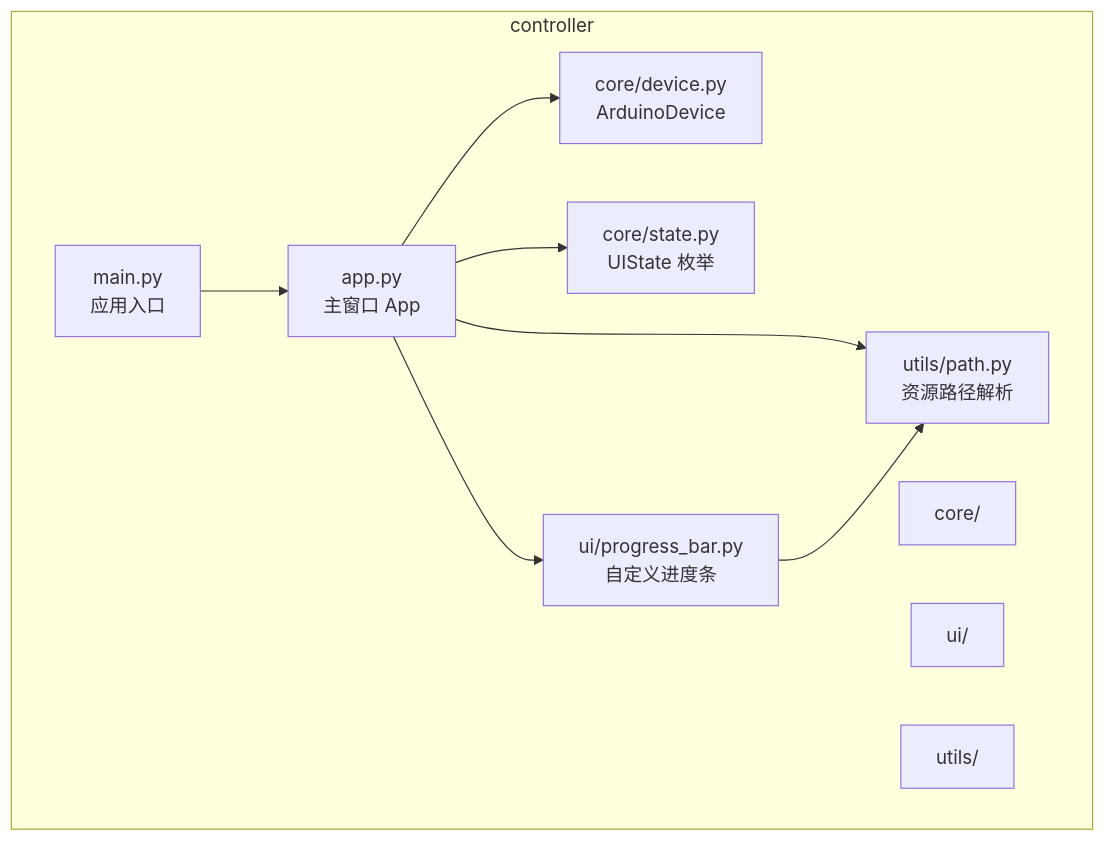
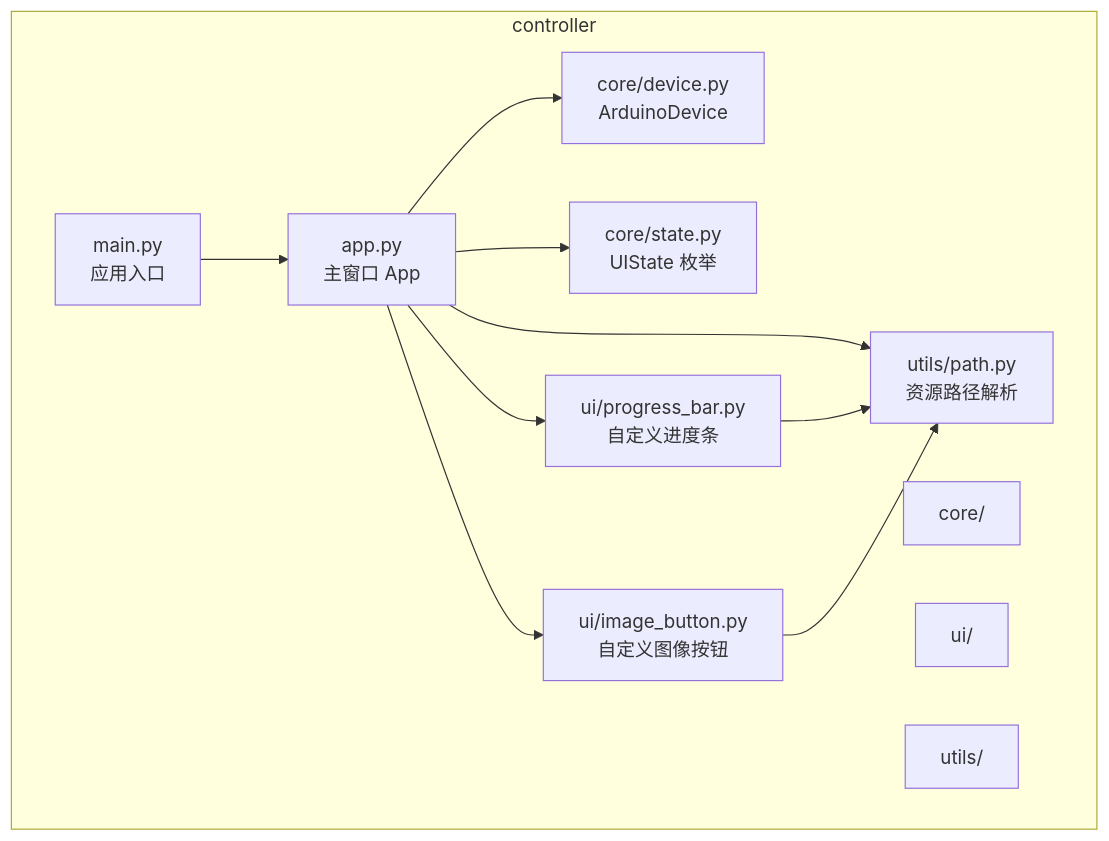
One commit to Hankun-P/wireless-keyboard-toy changed the first of 11 diagrams in .qoder/repowiki/zh/content/桌面应用架构/桌面应用架构.md. Above: the diagram before and after it, drawn with Mermaid. The commit also changed other lines of this file and 10 other files, not shown here.

````diff
--- a/.qoder/repowiki/zh/content/桌面应用架构/桌面应用架构.md
+++ b/.qoder/repowiki/zh/content/桌面应用架构/桌面应用架构.md
@@ -52,20 +58,23 @@
 ```mermaid
 graph TB
 subgraph "controller"
 MAIN["main.py<br/>应用入口"]
 APP["app.py<br/>主窗口 App"]
 CORE["core/"]
 DEVICE["core/device.py<br/>ArduinoDevice"]
 STATE["core/state.py<br/>UIState 枚举"]
 UI["ui/"]
 PBAR["ui/progress_bar.py<br/>自定义进度条"]
+IBUTTON["ui/image_button.py<br/>自定义图像按钮"]
 UTILS["utils/"]
 PATH["utils/path.py<br/>资源路径解析"]
 end
 MAIN --> APP
 APP --> DEVICE
 APP --> STATE
 APP --> PBAR
+APP --> IBUTTON
 APP --> PATH
 PBAR --> PATH
+IBUTTON --> PATH
 ```
````
